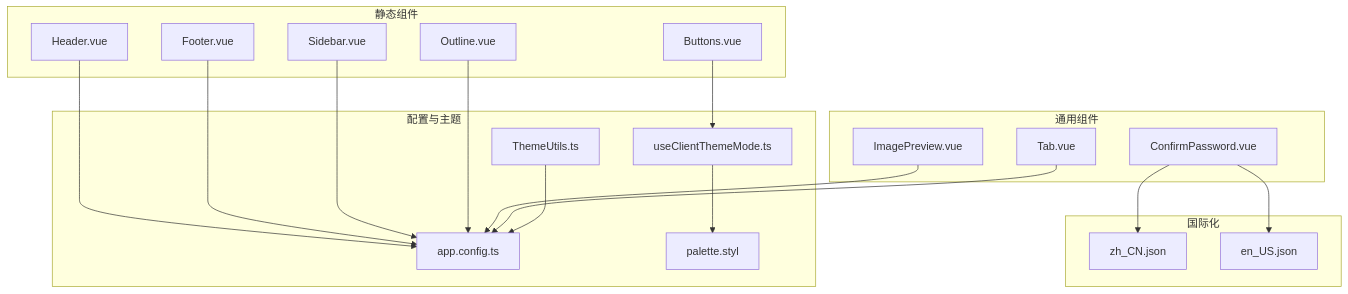
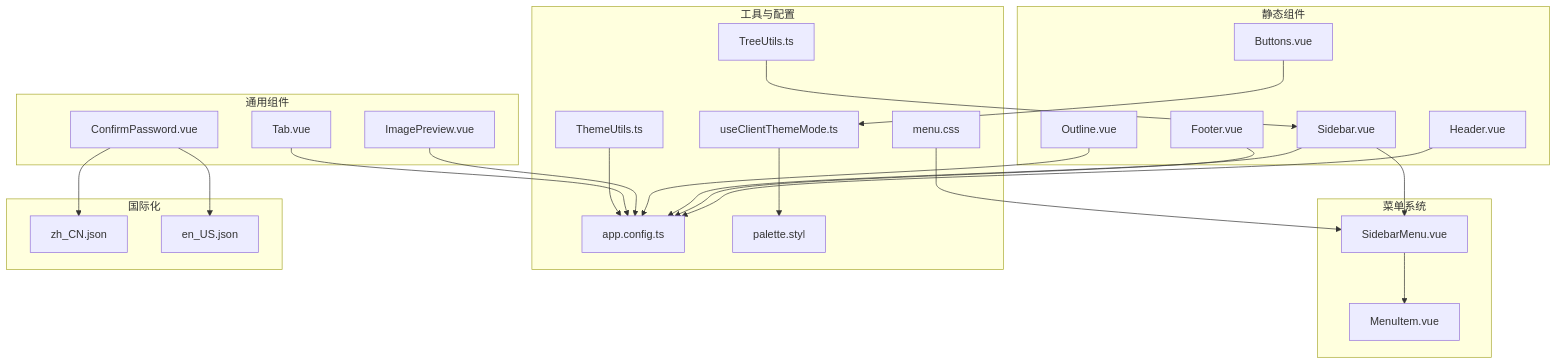
The first of 10 diagrams in .qoder/repowiki/zh/content/核心功能/UI 组件系统/UI 组件系统.md (terwer/siyuan-plugin-blog), drawn with Mermaid before and after one commit. The commit also changed other lines of this file and 3 other files, not shown here.

````diff
--- a/.qoder/repowiki/zh/content/核心功能/UI 组件系统/UI 组件系统.md
+++ b/.qoder/repowiki/zh/content/核心功能/UI 组件系统/UI 组件系统.md
@@ -47,36 +64,46 @@
 ```mermaid
 graph TB
 subgraph "静态组件"
 H["Header.vue"]
 F["Footer.vue"]
 B["Buttons.vue"]
 S["Sidebar.vue"]
 O["Outline.vue"]
 end
+subgraph "菜单系统"
+SM["SidebarMenu.vue"]
+MI["MenuItem.vue"]
+end
 subgraph "通用组件"
 CP["ConfirmPassword.vue"]
 IP["ImagePreview.vue"]
 T["Tab.vue"]
 end
-subgraph "配置与主题"
+subgraph "工具与配置"
 AC["app.config.ts"]
 TM["useClientThemeMode.ts"]
 TU["ThemeUtils.ts"]
+TR["TreeUtils.ts"]
 PAL["palette.styl"]
+MCSS["menu.css"]
 end
 subgraph "国际化"
 ZH["zh_CN.json"]
 EN["en_US.json"]
 end
 H --> AC
 F --> AC
 B --> TM
 S --> AC
+S --> SM
+SM --> MI
 O --> AC
 CP --> ZH
 CP --> EN
 IP --> AC
 T --> AC
 TM --> PAL
 TU --> AC
+TR --> S
+MCSS --> SM
 ```
````
